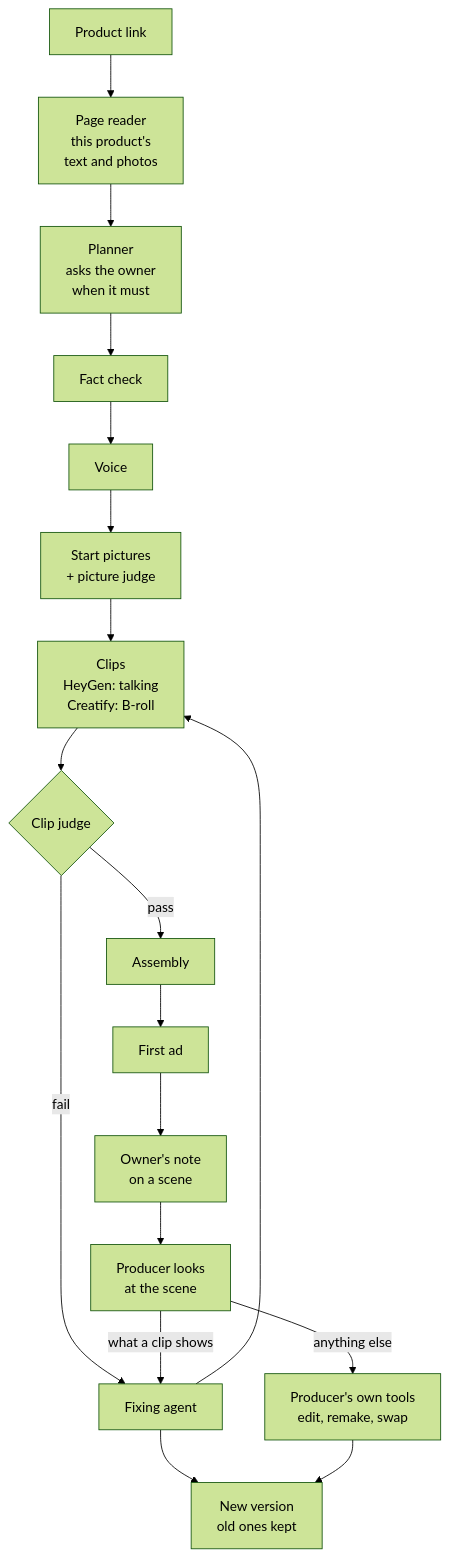
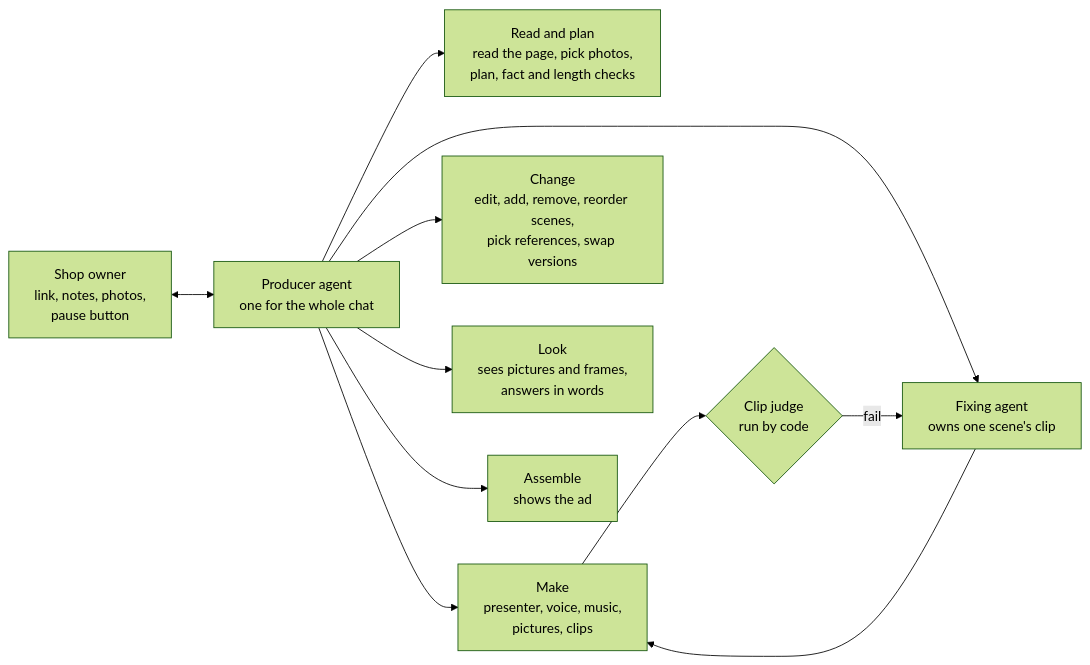
Before and after one commit to Julian-Win-Stack/adforge: the diagram in README.md, drawn with Mermaid (forest theme). The commit also changed other lines of this file, not shown here.

First line of the commit message:
README: describe the one producer agent, not a pipeline

````diff
--- a/README.md
+++ b/README.md
@@ -13,20 +15,13 @@
 ```mermaid
-flowchart TD
-    A[Product link] --> B[Page reader<br/>this product's<br/>text and photos]
-    B --> C[Planner<br/>asks the owner<br/>when it must]
-    C --> D[Fact check]
-    D --> E[Voice]
-    E --> F[Start pictures<br/>+ picture judge]
-    F --> G[Clips<br/>HeyGen: talking<br/>Creatify: B-roll]
-    G --> H{Clip judge}
-    H -- fail --> I[Fixing agent]
-    I --> G
-    H -- pass --> J[Assembly]
-    J --> K[First ad]
-    K --> L[Owner's note<br/>on a scene]
-    L --> M[Producer looks<br/>at the scene]
-    M -- what a clip shows --> I
-    M -- anything else --> N[Producer's own tools<br/>edit, remake, swap]
-    I --> Q[New version<br/>old ones kept]
-    N --> Q
+flowchart LR
+    O[Shop owner<br/>link, notes, photos,<br/>pause button] <--> P[Producer agent<br/>one for the whole chat]
+    P --> R[Read and plan<br/>read the page, pick photos,<br/>plan, fact and length checks]
+    P --> M[Make<br/>presenter, voice, music,<br/>pictures, clips]
+    P --> E[Change<br/>edit, add, remove, reorder scenes,<br/>pick references, swap versions]
+    P --> L[Look<br/>sees pictures and frames,<br/>answers in words]
+    P --> F[Fixing agent<br/>owns one scene's clip]
+    M --> J{Clip judge<br/>run by code}
+    J -- fail --> F
+    F --> M
+    P --> A[Assemble<br/>shows the ad]
 ```
````
